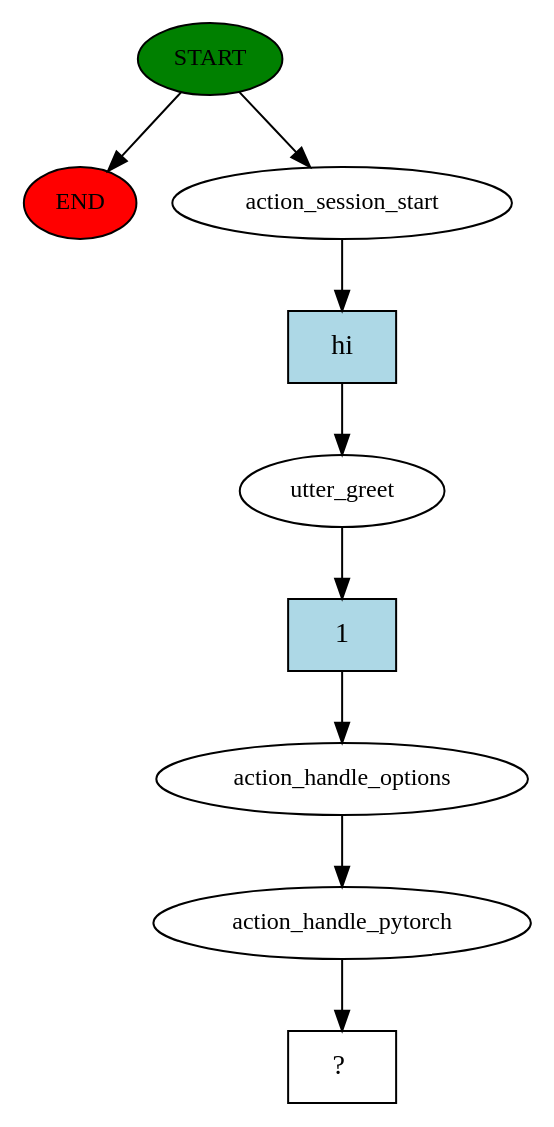
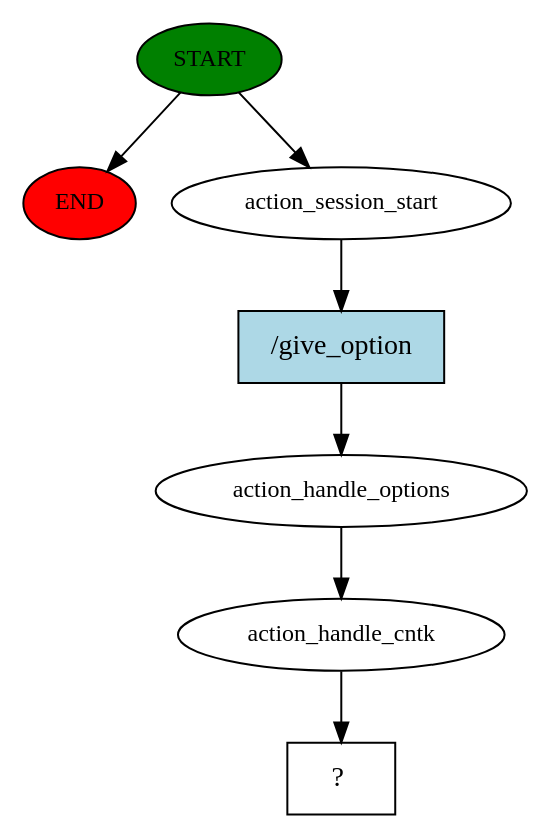
Before and after one commit to DerXter/NumMenu-Bot: the diagram in story_graph.dot, drawn with Graphviz. The commit also changed 6 other files, not shown here.

```diff
--- a/story_graph.dot
+++ b/story_graph.dot
@@ -1,19 +1,15 @@
 digraph  {
 0 [class="start active", fillcolor=green, fontsize=12, label=START, style=filled];
 "-1" [class=end, fillcolor=red, fontsize=12, label=END, style=filled];
 1 [class=active, fontsize=12, label=action_session_start];
-2 [class=active, fontsize=12, label=utter_greet];
-3 [class=active, fontsize=12, label=action_handle_options];
-4 [class=active, fontsize=12, label=action_handle_pytorch];
-5 [class="intent dashed active", label="  ?  ", shape=rect];
-6 [class="intent active", fillcolor=lightblue, label=hi, shape=rect, style=filled];
-7 [class="intent active", fillcolor=lightblue, label=1, shape=rect, style=filled];
+2 [class=active, fontsize=12, label=action_handle_options];
+3 [class=active, fontsize=12, label=action_handle_cntk];
+4 [class="intent dashed active", label="  ?  ", shape=rect];
+5 [class="intent active", fillcolor=lightblue, label="/give_option", shape=rect, style=filled];
 0 -> "-1"  [class="", key=NONE, label=""];
 0 -> 1  [class=active, key=NONE, label=""];
-1 -> 6  [class=active, key=0];
-2 -> 7  [class=active, key=0];
+1 -> 5  [class=active, key=0];
+2 -> 3  [class=active, key=NONE, label=""];
 3 -> 4  [class=active, key=NONE, label=""];
-4 -> 5  [class=active, key=NONE, label=""];
-6 -> 2  [class=active, key=0];
-7 -> 3  [class=active, key=0];
+5 -> 2  [class=active, key=0];
 }
```
